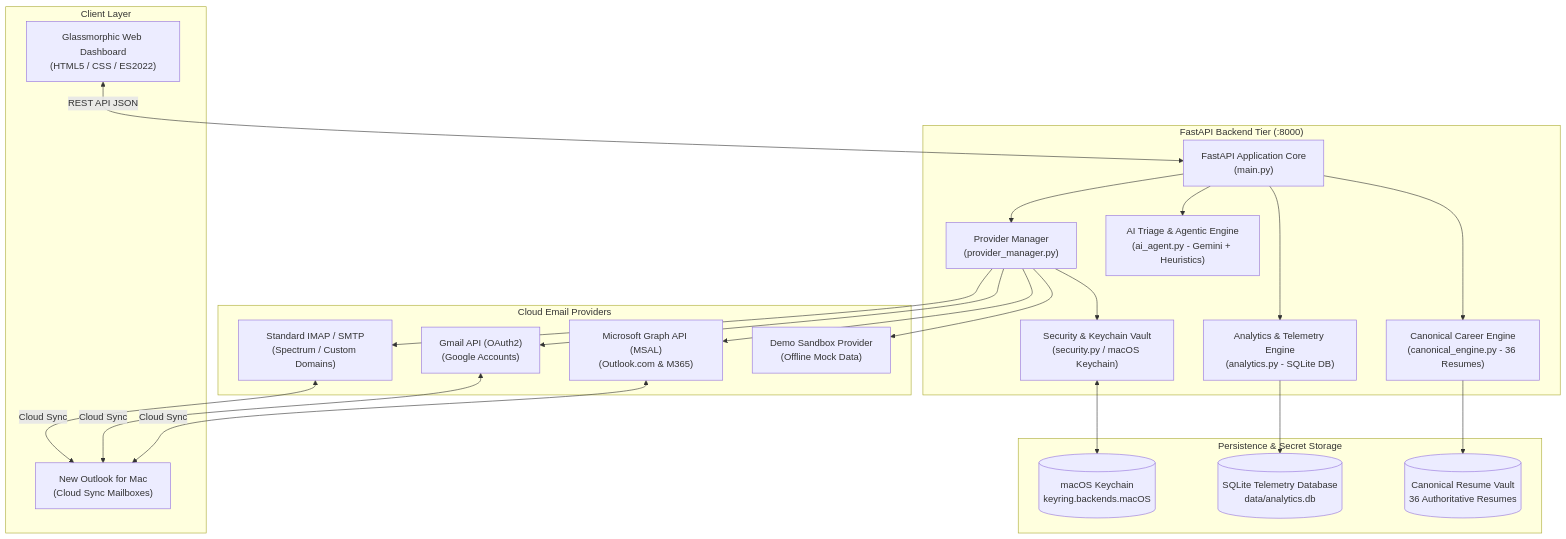
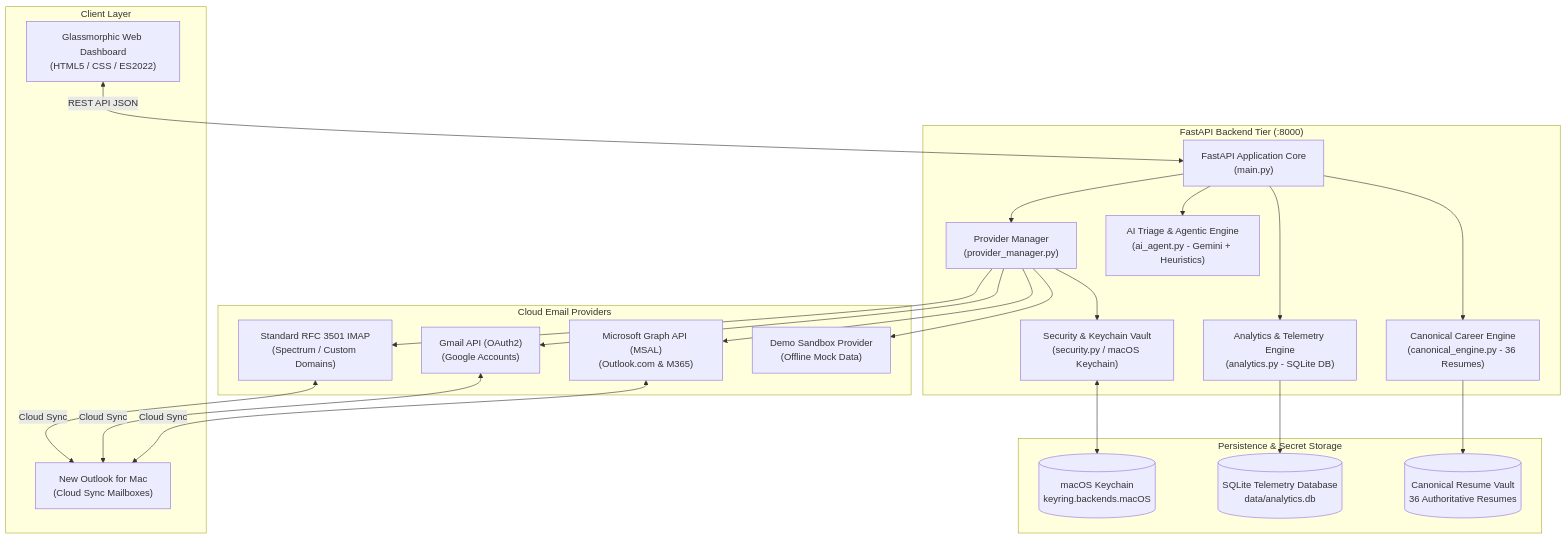
The diagram in ARCHITECTURE.md (briankinlaw/aura-mail-ai), drawn with Mermaid before and after one commit. The commit also changed other lines of this file and 12 other files, not shown here.

````diff
--- a/ARCHITECTURE.md
+++ b/ARCHITECTURE.md
@@ -24,46 +24,46 @@
 ```mermaid
 graph TD
     subgraph "Client Layer"
         NOM["New Outlook for Mac<br/>(Cloud Sync Mailboxes)"]
         UI["Glassmorphic Web Dashboard<br/>(HTML5 / CSS / ES2022)"]
     end
 
     subgraph "FastAPI Backend Tier (:8000)"
         MAIN["FastAPI Application Core<br/>(main.py)"]
         PM["Provider Manager<br/>(provider_manager.py)"]
         SEC["Security & Keychain Vault<br/>(security.py / macOS Keychain)"]
         AI["AI Triage & Agentic Engine<br/>(ai_agent.py - Gemini + Heuristics)"]
         CCE["Canonical Career Engine<br/>(canonical_engine.py - 36 Resumes)"]
         ANL["Analytics & Telemetry Engine<br/>(analytics.py - SQLite DB)"]
     end
 
     subgraph "Cloud Email Providers"
         GRAPH["Microsoft Graph API (MSAL)<br/>(Outlook.com & M365)"]
         GMAIL["Gmail API (OAuth2)<br/>(Google Accounts)"]
-        IMAP["Standard IMAP / SMTP<br/>(Spectrum / Custom Domains)"]
+        IMAP["Standard RFC 3501 IMAP<br/>(Spectrum / Custom Domains)"]
         DEMO["Demo Sandbox Provider<br/>(Offline Mock Data)"]
     end
 
     subgraph "Persistence & Secret Storage"
         KC[("macOS Keychain<br/>keyring.backends.macOS")]
         DB[("SQLite Telemetry Database<br/>data/analytics.db")]
         VAULT[("Canonical Resume Vault<br/>36 Authoritative Resumes")]
     end
 
     UI <-->|REST API JSON| MAIN
     MAIN --> PM
     MAIN --> AI
     MAIN --> CCE
     MAIN --> ANL
     PM --> GRAPH
     PM --> GMAIL
     PM --> IMAP
     PM --> DEMO
     PM --> SEC
     SEC <--> KC
     GRAPH <-->|Cloud Sync| NOM
     GMAIL <-->|Cloud Sync| NOM
     IMAP <-->|Cloud Sync| NOM
     ANL --> DB
     CCE --> VAULT
 ```
````
